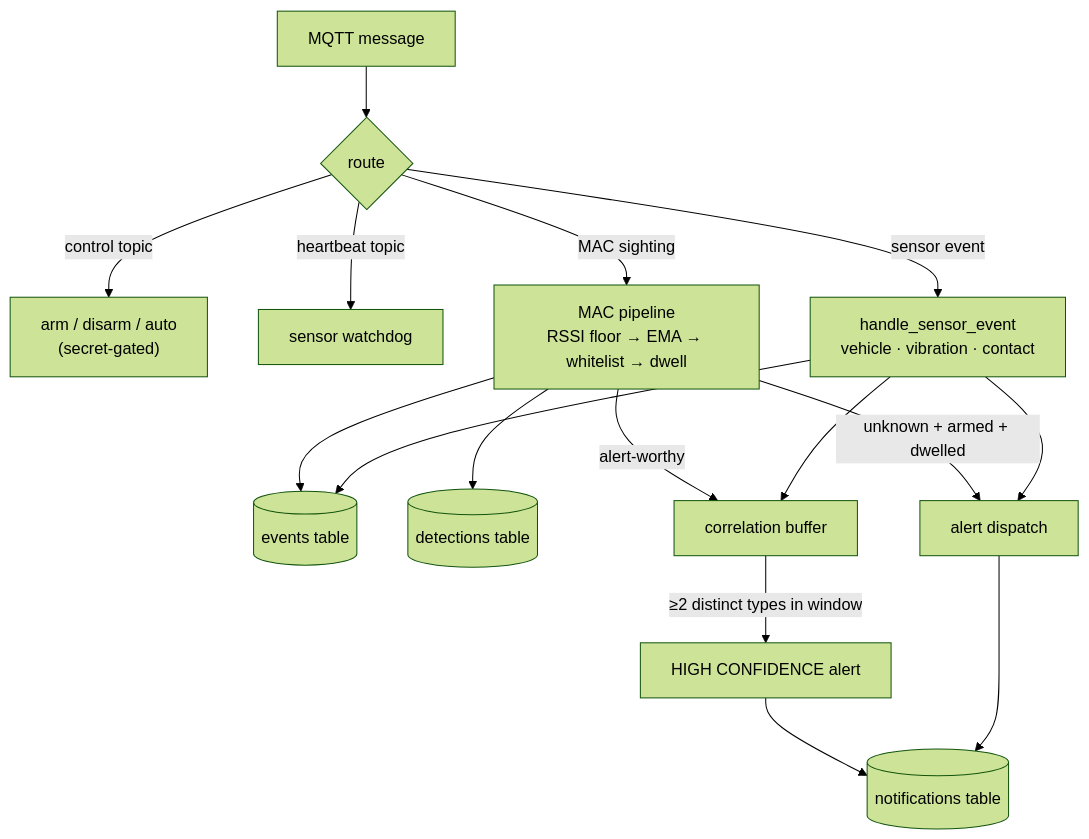
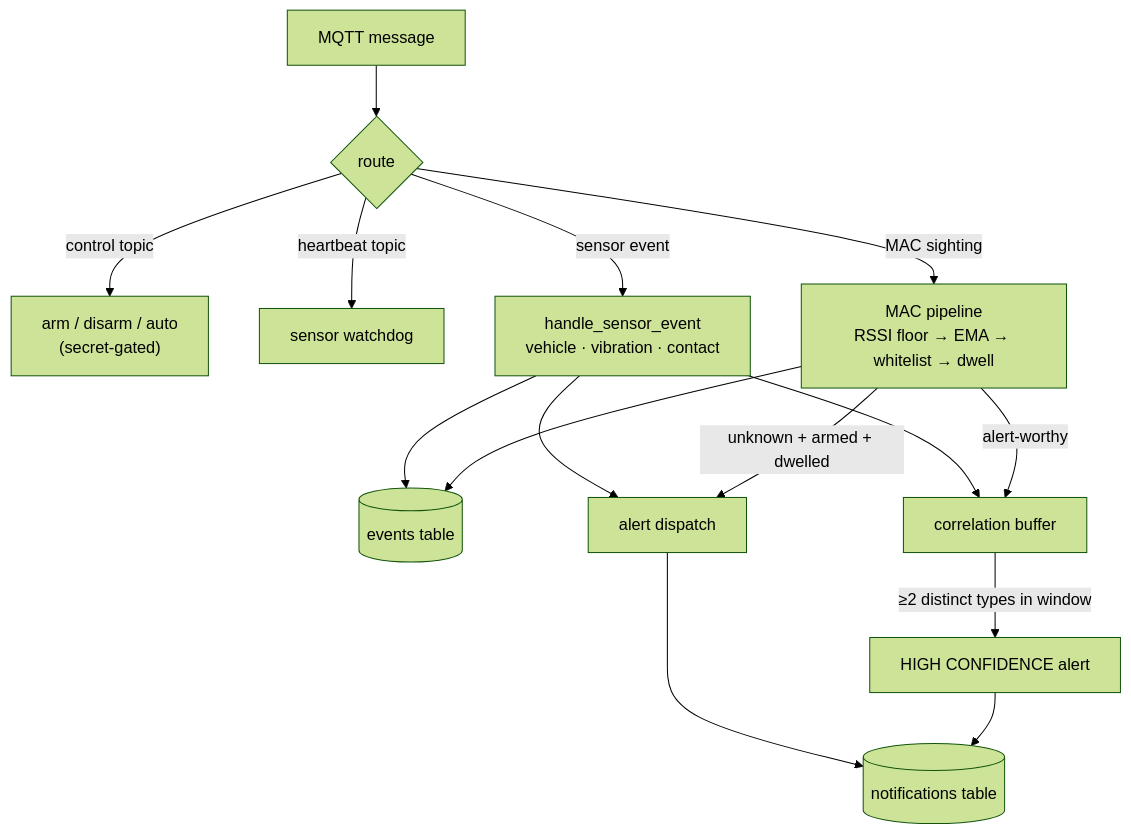
The diagram in docs/architecture.md (OutandBack/meshtripwire), drawn with Mermaid (forest theme) before and after one commit. The commit also changed other lines of this file and 6 other files, not shown here.

````diff
--- a/docs/architecture.md
+++ b/docs/architecture.md
@@ -10,18 +10,17 @@
 ```mermaid
 flowchart TB
     IN["MQTT message"] --> ROUTE{route}
     ROUTE -->|control topic| ARM["arm / disarm / auto<br/>(secret-gated)"]
     ROUTE -->|heartbeat topic| WD["sensor watchdog"]
     ROUTE -->|sensor event| EV["handle_sensor_event<br/>vehicle · vibration · contact"]
     ROUTE -->|MAC sighting| MAC["MAC pipeline<br/>RSSI floor → EMA → whitelist → dwell"]
     EV --> LOG[("events table")]
-    MAC --> DET[("detections table")]
     MAC --> LOG
     EV --> COR["correlation buffer"]
     MAC -->|alert-worthy| COR
     EV --> AL["alert dispatch"]
     MAC -->|unknown + armed + dwelled| AL
     COR -->|"≥2 distinct types in window"| HC["HIGH CONFIDENCE alert"]
     AL --> NLOG[("notifications table")]
     HC --> NLOG
 ```
````
